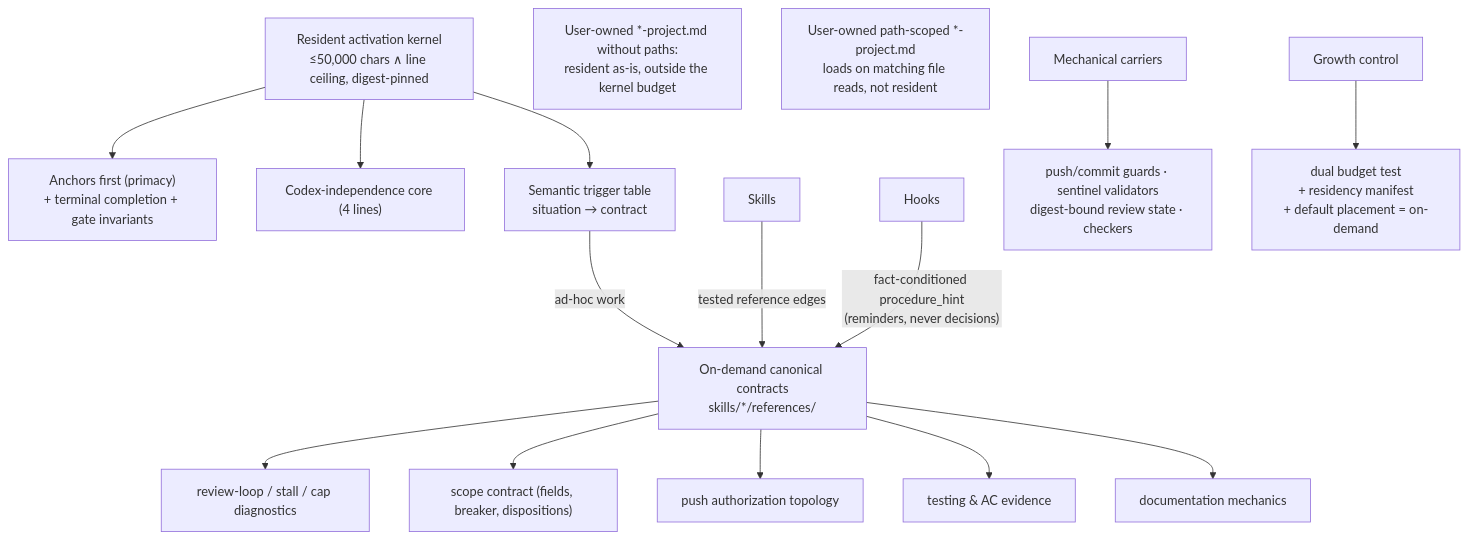
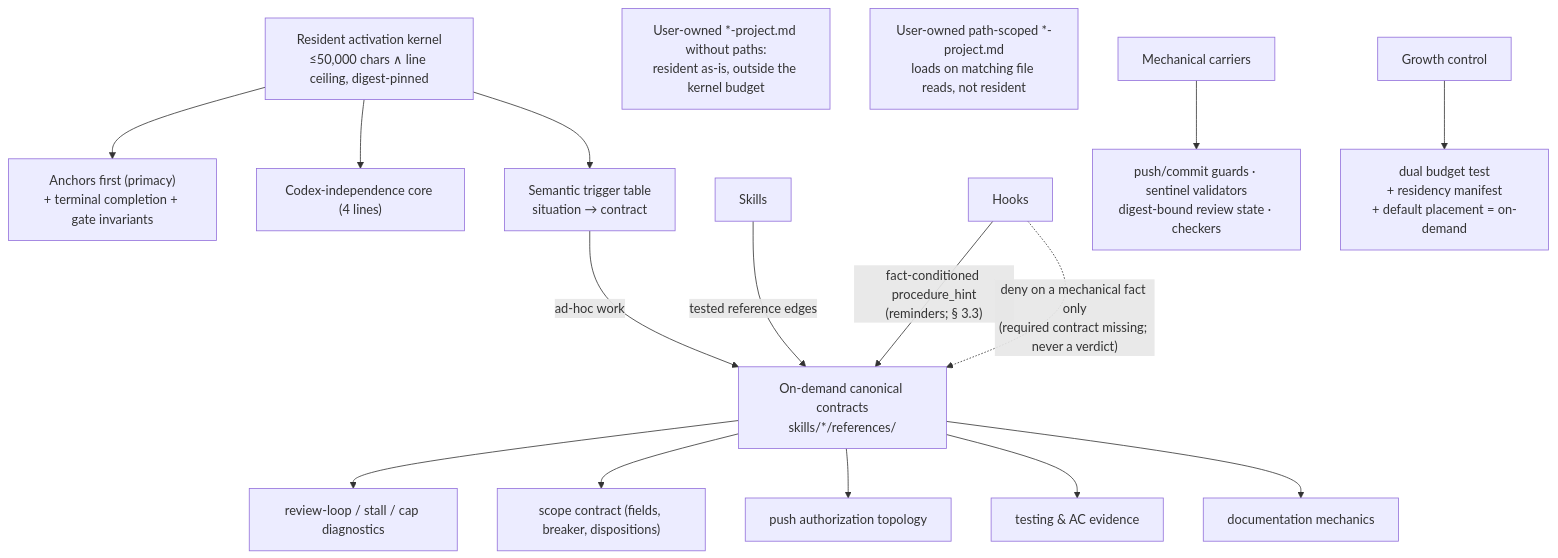
The diagram in docs/features/rules-residency/2-tech-spec.md (sd0xdev/sd0x-harness), drawn with Mermaid before and after one commit. The commit also changed other lines of this file and 2 other files, not shown here.

````diff
--- a/docs/features/rules-residency/2-tech-spec.md
+++ b/docs/features/rules-residency/2-tech-spec.md
@@ -62,18 +62,19 @@
 ```mermaid
 flowchart TD
     K["Resident activation kernel\n≤50,000 chars ∧ line ceiling, digest-pinned"] --> K1["Anchors first (primacy)\n+ terminal completion + gate invariants"]
     U["User-owned *-project.md without paths:\nresident as-is, outside the kernel budget"]
     UP["User-owned path-scoped *-project.md\nloads on matching file reads, not resident"]
     K --> K3["Codex-independence core (4 lines)"]
     K --> K4["Semantic trigger table\nsituation → contract"]
     K4 -->|ad-hoc work| C["On-demand canonical contracts\nskills/*/references/"]
     S["Skills"] -->|tested reference edges| C
-    H["Hooks"] -->|"fact-conditioned procedure_hint\n(reminders, never decisions)"| C
+    H["Hooks"] -->|"fact-conditioned procedure_hint\n(reminders; § 3.3)"| C
+    H -.->|"deny on a mechanical fact only\n(required contract missing; never a verdict)"| C
     C --> C1["review-loop / stall / cap diagnostics"]
     C --> C2["scope contract (fields, breaker, dispositions)"]
     C --> C3["push authorization topology"]
     C --> C4["testing & AC evidence"]
     C --> C5["documentation mechanics"]
     M["Mechanical carriers"] --> M1["push/commit guards · sentinel validators\ndigest-bound review state · checkers"]
     G["Growth control"] --> G1["dual budget test\n+ residency manifest\n+ default placement = on-demand"]
 ```
````
